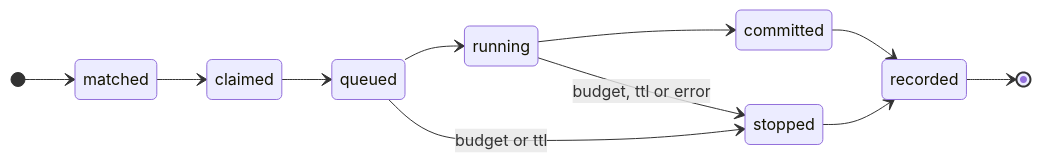
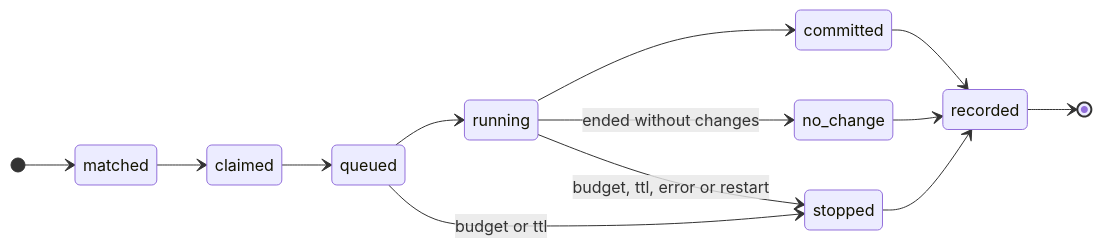
The diagram in docs/components/daemon.md (jerryjvl/pi-active-vaults), drawn with Mermaid before and after one commit. The commit also changed other lines of this file and 8 other files, not shown here.

````diff
--- a/docs/components/daemon.md
+++ b/docs/components/daemon.md
@@ -25,14 +26,16 @@
 ```mermaid
 stateDiagram-v2
   direction LR
   [*] --> matched
   matched --> claimed
   claimed --> queued
   queued --> running
   running --> committed
+  running --> no_change: ended without changes
   committed --> recorded
+  no_change --> recorded
   queued --> stopped: budget or ttl
-  running --> stopped: budget, ttl or error
+  running --> stopped: budget, ttl, error or restart
   stopped --> recorded
   recorded --> [*]
 ```
````
